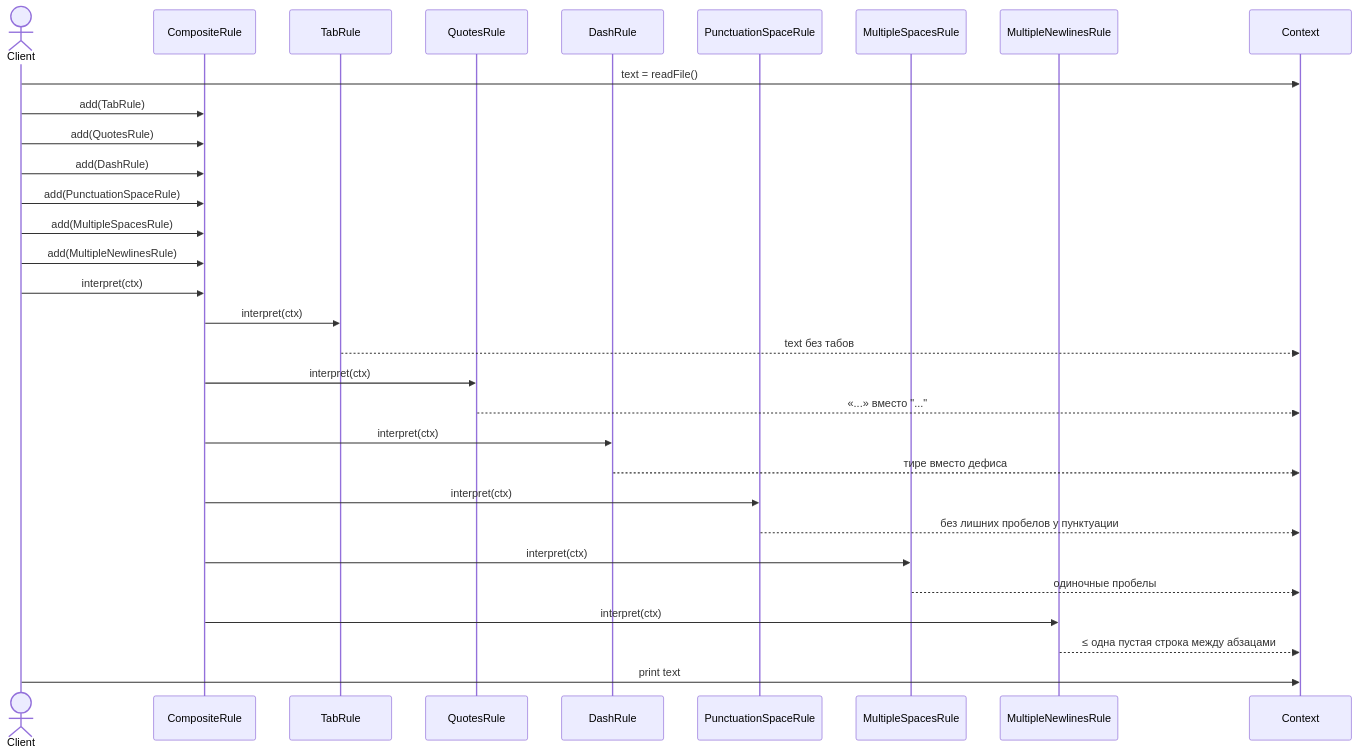
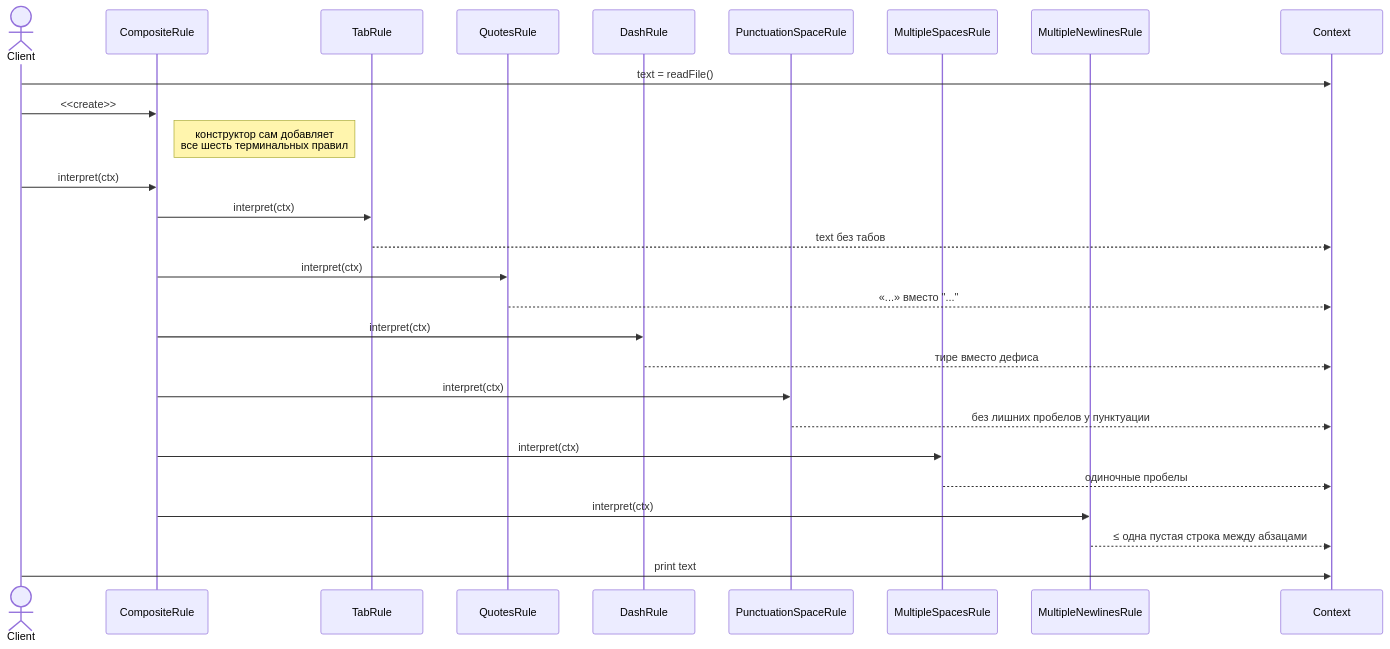
The second of 2 diagrams in software-architecture/lab-5/README.md (ivan-aleschin/uni), drawn with Mermaid before and after one commit. The commit also changed other lines of this file and 3 other files, not shown here.

````diff
--- a/software-architecture/lab-5/README.md
+++ b/software-architecture/lab-5/README.md
@@ -139,34 +139,30 @@
 ```mermaid
 sequenceDiagram
     actor Client
     participant Comp as CompositeRule
     participant T1 as TabRule
     participant T2 as QuotesRule
     participant T3 as DashRule
     participant T4 as PunctuationSpaceRule
     participant T5 as MultipleSpacesRule
     participant T6 as MultipleNewlinesRule
     participant Ctx as Context
 
     Client->>Ctx: text = readFile()
-    Client->>Comp: add(TabRule)
-    Client->>Comp: add(QuotesRule)
-    Client->>Comp: add(DashRule)
-    Client->>Comp: add(PunctuationSpaceRule)
-    Client->>Comp: add(MultipleSpacesRule)
-    Client->>Comp: add(MultipleNewlinesRule)
+    Client->>Comp: <<create>>
+    Note right of Comp: конструктор сам добавляет<br/>все шесть терминальных правил
     Client->>Comp: interpret(ctx)
     Comp->>T1: interpret(ctx)
     T1-->>Ctx: text без табов
     Comp->>T2: interpret(ctx)
     T2-->>Ctx: «...» вместо "..."
     Comp->>T3: interpret(ctx)
     T3-->>Ctx: тире вместо дефиса
     Comp->>T4: interpret(ctx)
     T4-->>Ctx: без лишних пробелов у пунктуации
     Comp->>T5: interpret(ctx)
     T5-->>Ctx: одиночные пробелы
     Comp->>T6: interpret(ctx)
     T6-->>Ctx: ≤ одна пустая строка между абзацами
     Client->>Ctx: print text
 ```
````
